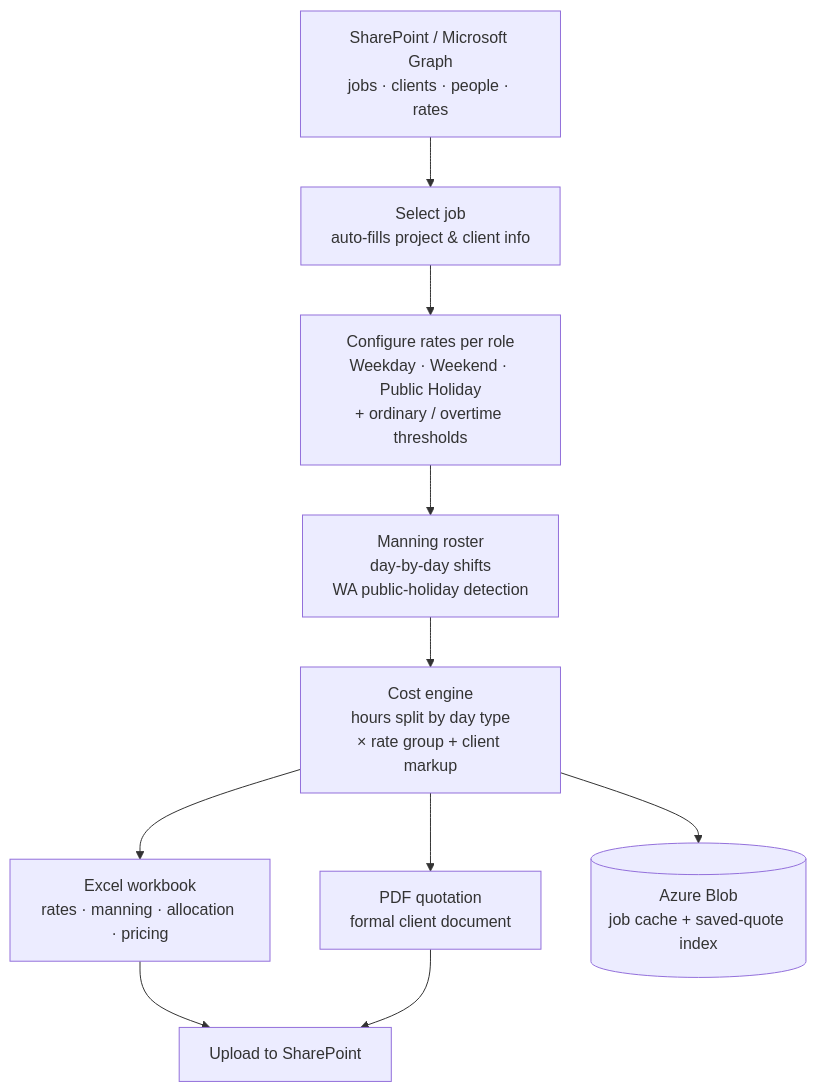
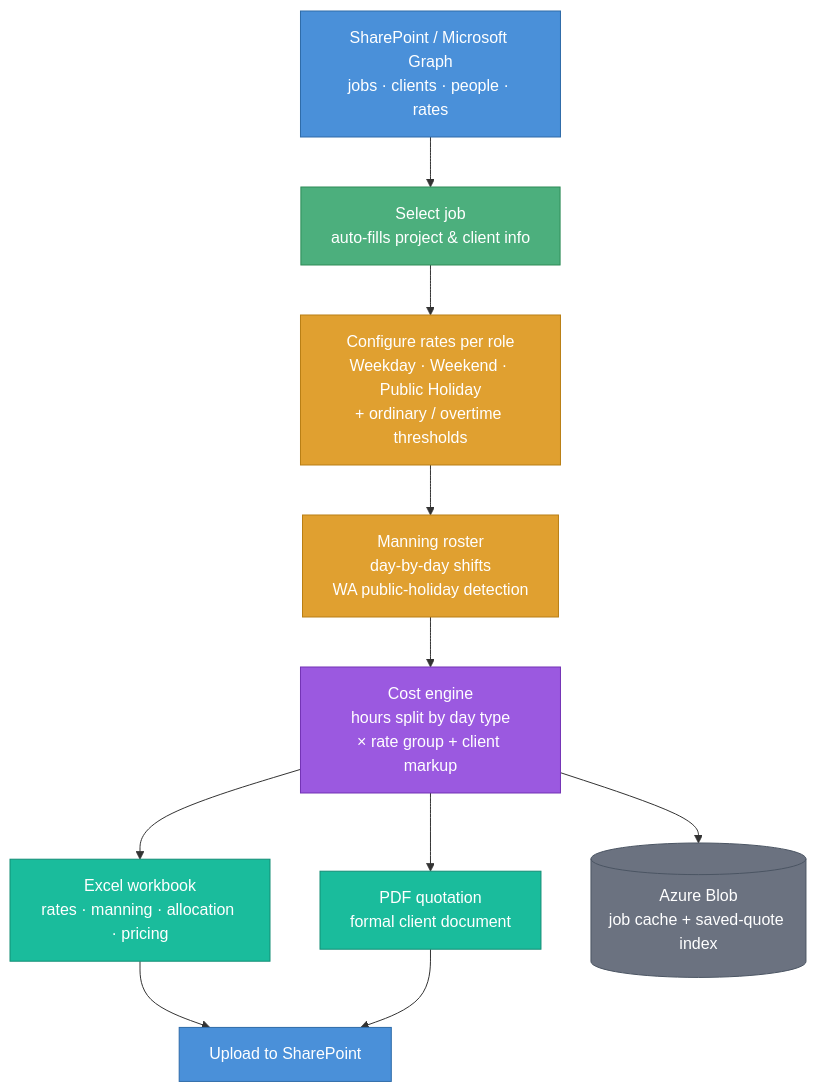
One commit to Pearlluo/shutdown-quote-tool changed the diagram in README.md. Above: the diagram before and after it, drawn with Mermaid.

Commit message:
Add colour styling to architecture diagram

````diff
--- a/README.md
+++ b/README.md
@@ -32,12 +32,26 @@
 ```mermaid
 flowchart TD
     A[SharePoint / Microsoft Graph<br/>jobs · clients · people · rates] --> B[Select job<br/>auto-fills project & client info]
     B --> C[Configure rates per role<br/>Weekday · Weekend · Public Holiday<br/>+ ordinary / overtime thresholds]
     C --> D[Manning roster<br/>day-by-day shifts<br/>WA public-holiday detection]
     D --> E[Cost engine<br/>hours split by day type<br/>× rate group + client markup]
     E --> F[Excel workbook<br/>rates · manning · allocation · pricing]
     E --> G[PDF quotation<br/>formal client document]
     E --> H[(Azure Blob<br/>job cache + saved-quote index)]
     F --> I[Upload to SharePoint]
     G --> I
+
+    classDef source fill:#4A90D9,stroke:#2E6BA8,color:#fff;
+    classDef action fill:#4CAF7D,stroke:#2E8B57,color:#fff;
+    classDef config fill:#E0A030,stroke:#B97E14,color:#fff;
+    classDef engine fill:#9B59E0,stroke:#7333B5,color:#fff;
+    classDef output fill:#1ABC9C,stroke:#138D75,color:#fff;
+    classDef store  fill:#6B7280,stroke:#4B5563,color:#fff;
+
+    class A,I source;
+    class B action;
+    class C,D config;
+    class E engine;
+    class F,G output;
+    class H store;
 ```
````
